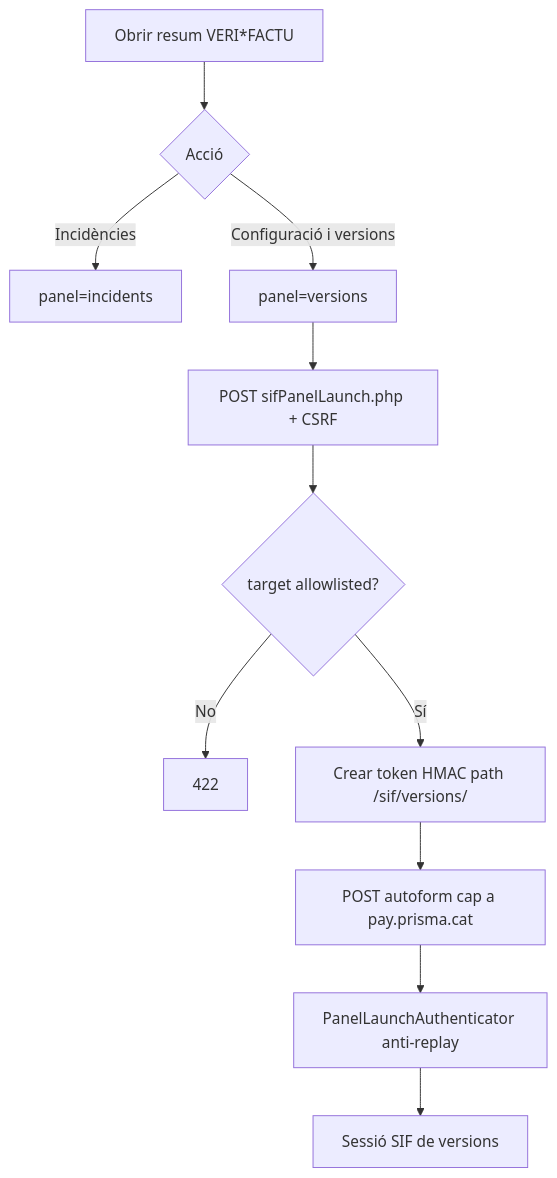
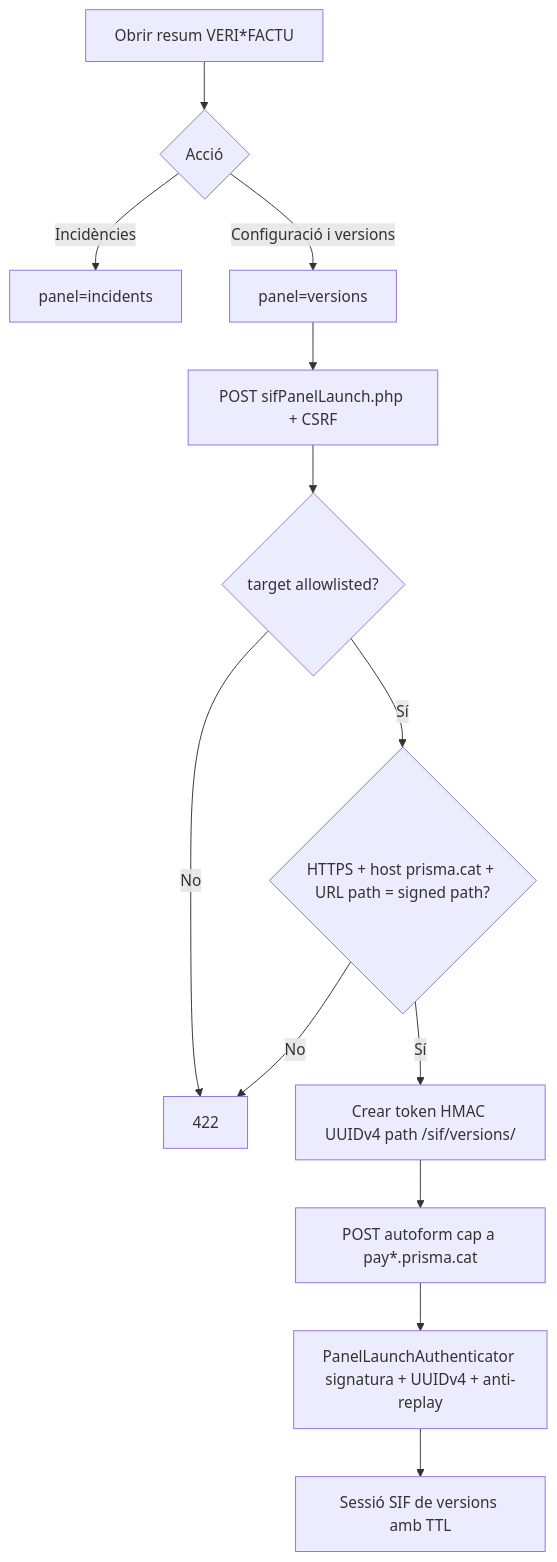
One commit to orgmeriemprismacat-del/verifactu changed the second of 11 diagrams in documentacio/07-uml-integrat/uc-010-activitats-pagines-actual-final.md. Above: the diagram before and after it, drawn with Mermaid. The commit also changed other lines of this file, not shown here.

Commit message:
docs(UC-010): activitats/pàgines FINAL amb guards, DTO i evidència

````diff
--- a/documentacio/07-uml-integrat/uc-010-activitats-pagines-actual-final.md
+++ b/documentacio/07-uml-integrat/uc-010-activitats-pagines-actual-final.md
@@ -30,13 +31,15 @@
 ```mermaid
 flowchart TD
 A[Obrir resum VERI*FACTU] --> B{Acció}
 B -->|Incidències| C[panel=incidents]
 B -->|Configuració i versions| D[panel=versions]
 D --> E[POST sifPanelLaunch.php + CSRF]
 E --> F{target allowlisted?}
 F -->|No| G[422]
-F -->|Sí| H[Crear token HMAC path /sif/versions/]
-H --> I[POST autoform cap a pay.prisma.cat]
-I --> J[PanelLaunchAuthenticator anti-replay]
-J --> K[Sessió SIF de versions]
+F -->|Sí| H{HTTPS + host prisma.cat + URL path = signed path?}
+H -->|No| G
+H -->|Sí| I[Crear token HMAC UUIDv4 path /sif/versions/]
+I --> I2[POST autoform cap a pay*.prisma.cat]
+I2 --> J[PanelLaunchAuthenticator signatura + UUIDv4 + anti-replay]
+J --> K[Sessió SIF de versions amb TTL]
 ```
````
